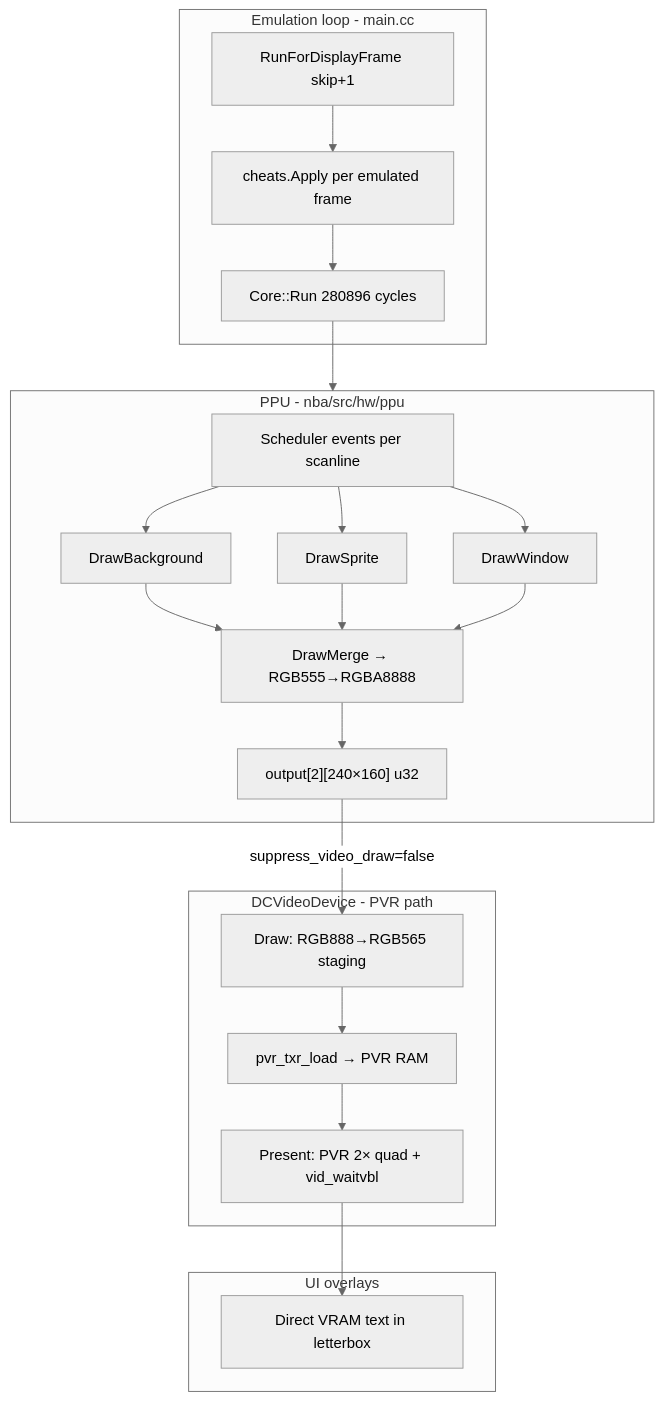
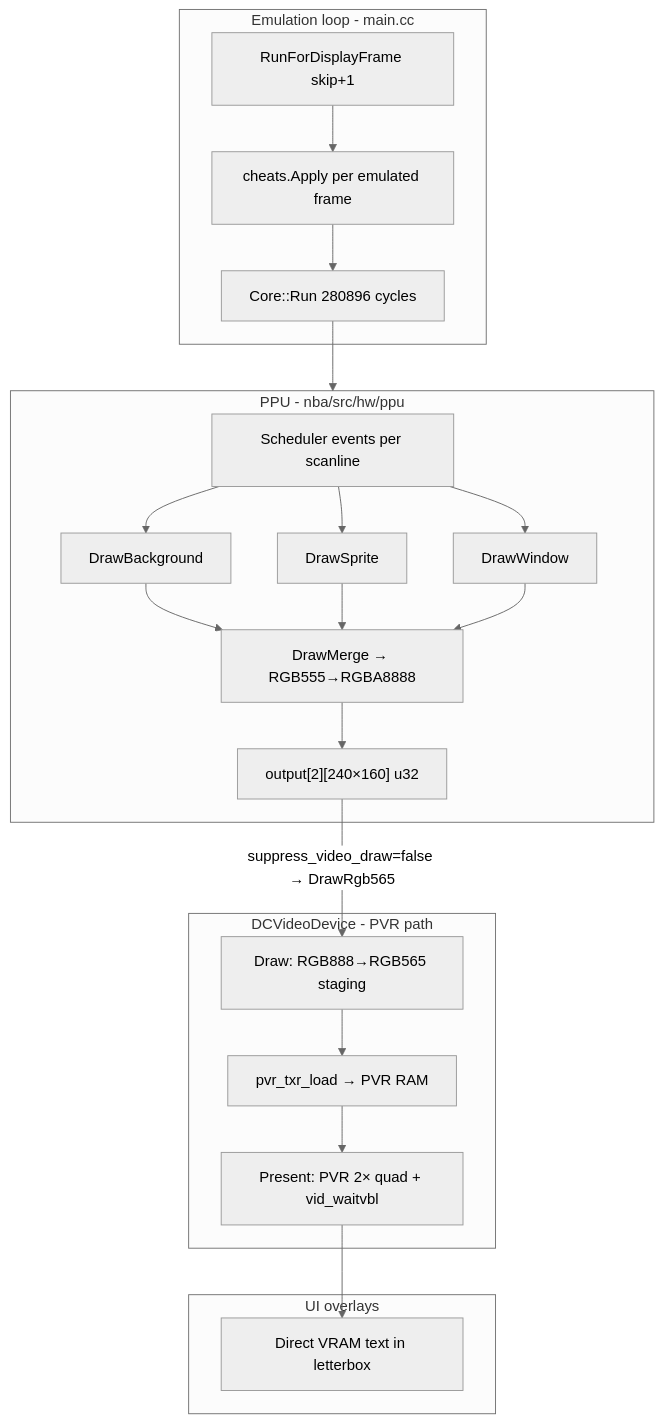
One commit to awest813/NanoBoyAdvance-DC changed the first of 2 diagrams in PPU_GPU_OVERHAUL.md. Above: the diagram before and after it, drawn with Mermaid (neutral theme). The commit also changed other lines of this file and 40 other files, not shown here.

````diff
--- a/PPU_GPU_OVERHAUL.md
+++ b/PPU_GPU_OVERHAUL.md
@@ -44,35 +44,35 @@
 ```mermaid
 flowchart TB
   subgraph emu [Emulation loop - main.cc]
     FS[RunForDisplayFrame skip+1]
     CHEAT[cheats.Apply per emulated frame]
     FS --> CHEAT --> CORE[Core::Run 280896 cycles]
   end
 
   subgraph ppu [PPU - nba/src/hw/ppu]
     SCHED[Scheduler events per scanline]
     BG[DrawBackground]
     SPR[DrawSprite]
     WIN[DrawWindow]
     MERGE[DrawMerge → RGB555→RGBA8888]
     SCHED --> BG --> MERGE
     SCHED --> SPR --> MERGE
     SCHED --> WIN --> MERGE
     MERGE --> OUT["output[2][240×160] u32"]
   end
 
   subgraph gpu [DCVideoDevice - PVR path]
     DRAW[Draw: RGB888→RGB565 staging]
     UPLOAD[pvr_txr_load → PVR RAM]
     PRESENT[Present: PVR 2× quad + vid_waitvbl]
     DRAW --> UPLOAD --> PRESENT
   end
 
   subgraph ui [UI overlays]
     VRAM[Direct VRAM text in letterbox]
   end
 
   CORE --> ppu
-  OUT -->|"suppress_video_draw=false"| DRAW
+  OUT -->|"suppress_video_draw=false → DrawRgb565"| DRAW
   PRESENT --> VRAM
 ```
````
